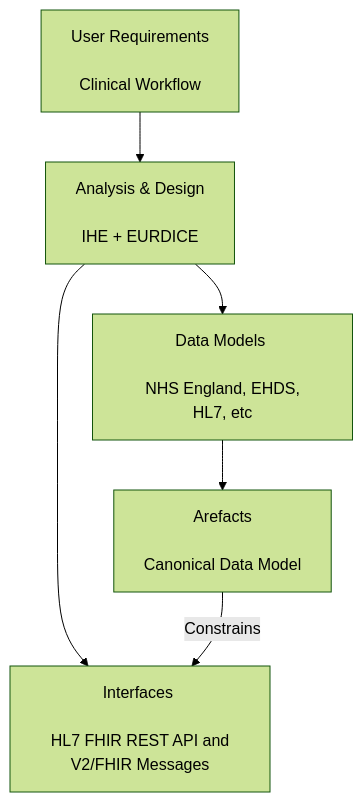
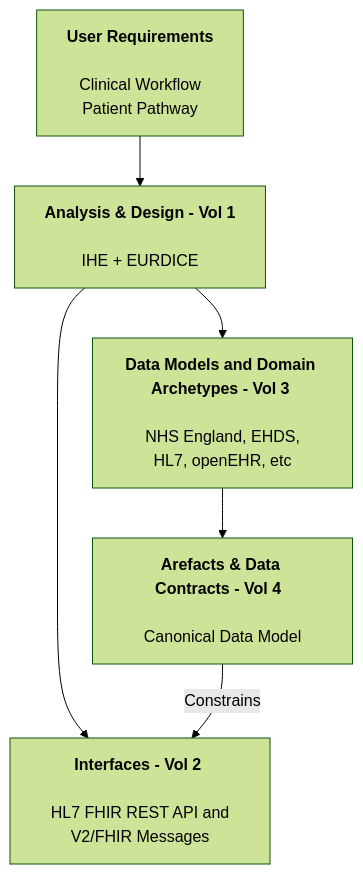
The diagram in input/pagecontent/index.md (nw-gmsa/nw-gmsa.github.com), drawn with Mermaid (forest theme) before and after one commit.

Commit message:
iGene Work Item Management

````diff
--- a/input/pagecontent/index.md
+++ b/input/pagecontent/index.md
@@ -39,15 +39,15 @@
 ```mermaid
 graph TD 
 
-User[User Requirements <br/><br/> Clinical Workflow]
-IHE[Analysis & Design <br/><br/>IHE + EURDICE]
-HL7[Interfaces <br/><br/> HL7 FHIR REST API and V2/FHIR Messages]
-Data[Data Models <br/><br/> NHS England, EHDS, HL7, etc]
-Arefacts[Arefacts <br/><br/>Canonical Data Model] 
+User[<b>User Requirements</b> <br/><br/> Clinical Workflow<br/>Patient Pathway]
+IHE[<b>Analysis & Design - Vol 1</b> <br/><br/>IHE + EURDICE]
+HL7[<b>Interfaces - Vol 2</b> <br/><br/> HL7 FHIR REST API and V2/FHIR Messages]
+Data[<b>Data Models and Domain Archetypes - Vol 3</b> <br/><br/> NHS England, EHDS, HL7, openEHR, etc]
+Arefacts[<b>Arefacts & Data Contracts - Vol 4</b>  <br/><br/>Canonical Data Model] 
 
 User --> IHE
 IHE --> HL7
 IHE --> Data
 Data --> Arefacts
 Arefacts --> |Constrains| HL7
 ```
````
